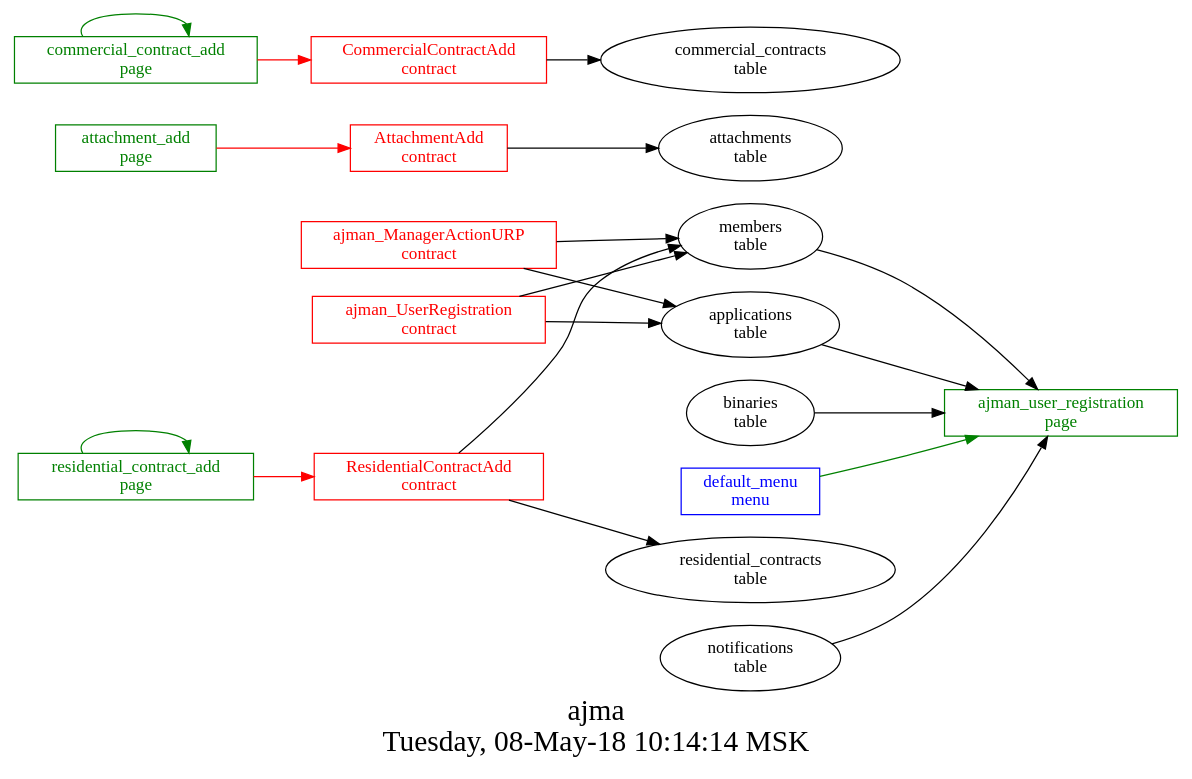
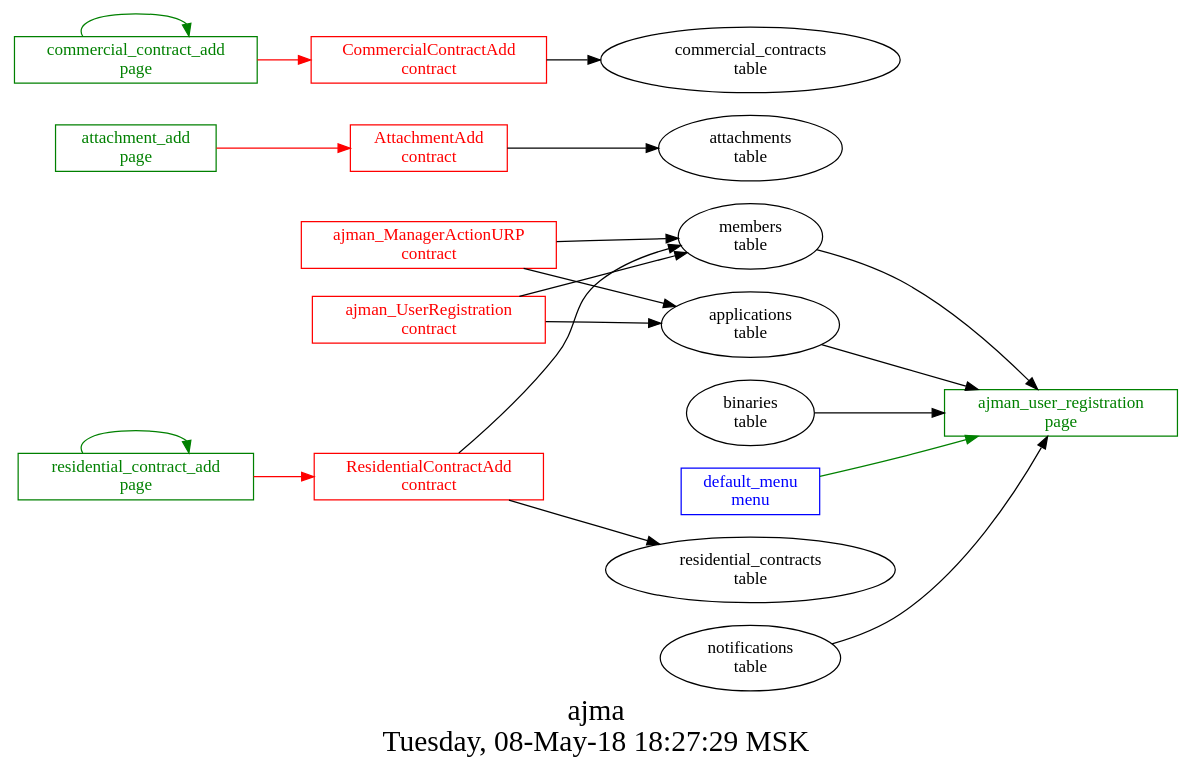
The diagram in src/ajman/struct.dot (AplaProject/apps), drawn with Graphviz before and after one commit. The commit also changed 3 other files, not shown here.

```diff
--- a/src/ajman/struct.dot
+++ b/src/ajman/struct.dot
@@ -1,41 +1,41 @@
 digraph G {
 graph [
   fontsize="24";
-  label="ajma\nTuesday, 08-May-18 10:14:14 MSK";
+  label="ajma\nTuesday, 08-May-18 18:27:29 MSK";
   nojustify=true;
   ordering=out;
   rankdir=LR;
   size="30";
 ];
 "default_menu\nmenu" -> "ajman_user_registration\npage"  [ color=green ]
 "default_menu\nmenu" [color=blue, fontcolor=blue, group=menus, shape=record];
 "applications\ntable" -> "ajman_user_registration\npage"  [ color="" ]
 "notifications\ntable" -> "ajman_user_registration\npage"  [ color="" ]
 "members\ntable" -> "ajman_user_registration\npage"  [ color="" ]
 "binaries\ntable" -> "ajman_user_registration\npage"  [ color="" ]
 "ajman_user_registration\npage" [color=green, fontcolor=green, group=pages, shape=record];
 "attachment_add\npage" -> "AttachmentAdd\ncontract"  [ color=red ]
 "attachment_add\npage" [color=green, fontcolor=green, group=pages, shape=record];
 "commercial_contract_add\npage" -> "CommercialContractAdd\ncontract"  [ color=red ]
 "commercial_contract_add\npage" -> "commercial_contract_add\npage"  [ color=green ]
 "commercial_contract_add\npage" [color=green, fontcolor=green, group=pages, shape=record];
 "residential_contract_add\npage" -> "ResidentialContractAdd\ncontract"  [ color=red ]
 "residential_contract_add\npage" -> "residential_contract_add\npage"  [ color=green ]
 "residential_contract_add\npage" [color=green, fontcolor=green, group=pages, shape=record];
 "AttachmentAdd\ncontract" -> "attachments\ntable"  [ color="" ]
 "AttachmentAdd\ncontract" [color=red, fontcolor=red, group=contracts, shape=record];
 "CommercialContractAdd\ncontract" -> "commercial_contracts\ntable"  [ color="" ]
 "CommercialContractAdd\ncontract" [color=red, fontcolor=red, group=contracts, shape=record];
 "ResidentialContractAdd\ncontract" -> "members\ntable"  [ color="" ]
 "ResidentialContractAdd\ncontract" -> "residential_contracts\ntable"  [ color="" ]
 "ResidentialContractAdd\ncontract" [color=red, fontcolor=red, group=contracts, shape=record];
 "ajman_ManagerActionURP\ncontract" -> "applications\ntable"  [ color="" ]
 "ajman_ManagerActionURP\ncontract" -> "members\ntable"  [ color="" ]
 "ajman_ManagerActionURP\ncontract" [color=red, fontcolor=red, group=contracts, shape=record];
 "ajman_UserRegistration\ncontract" -> "members\ntable"  [ color="" ]
 "ajman_UserRegistration\ncontract" -> "applications\ntable"  [ color="" ]
 "ajman_UserRegistration\ncontract" [color=red, fontcolor=red, group=contracts, shape=record];
 "attachments\ntable" [color="", fontcolor="", group=tables, shape=""];
 "commercial_contracts\ntable" [color="", fontcolor="", group=tables, shape=""];
 "residential_contracts\ntable" [color="", fontcolor="", group=tables, shape=""];
 }
```
